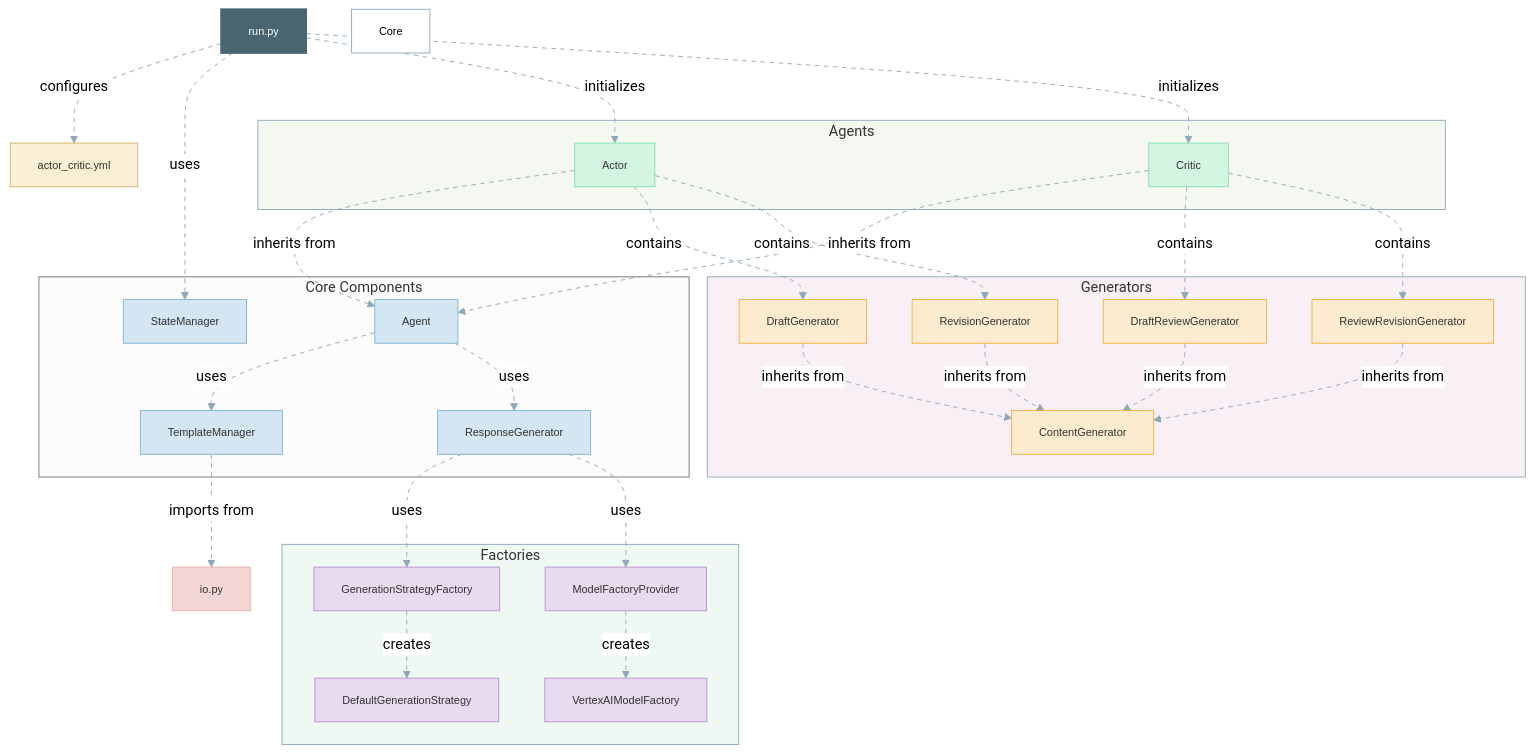
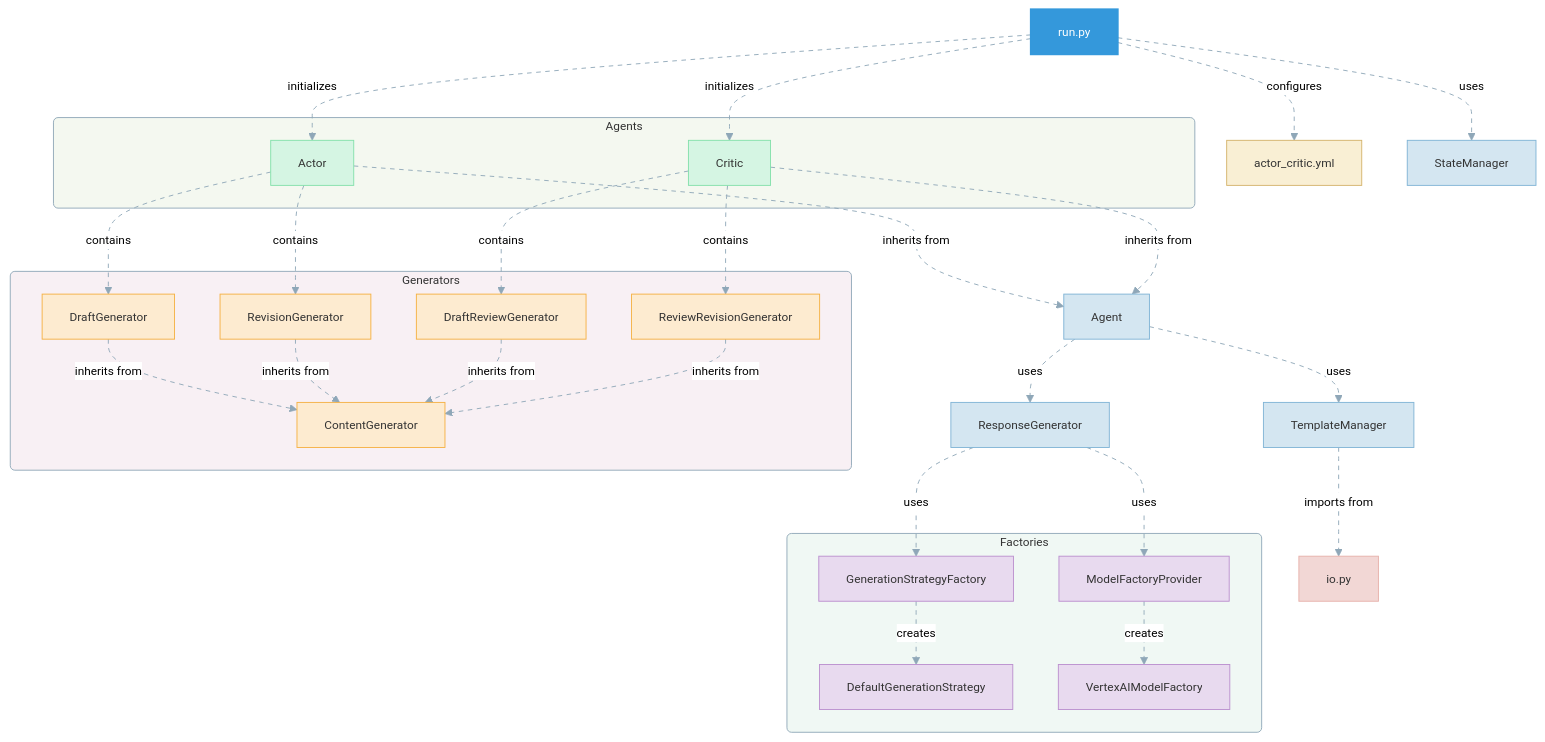
One commit to achimdehnert/Agentic-Workflow-Patterns changed the diagram in img/patterns/actor_critic.mmd. Above: the diagram before and after it, drawn with Mermaid.

```diff
--- a/img/patterns/actor_critic.mmd
+++ b/img/patterns/actor_critic.mmd
@@ -1,93 +1,87 @@
 %%{init: {
   'theme': 'neutral',
   'themeVariables': {
     'primaryColor': '#f0f4f8',
     'primaryTextColor': '#333',
     'primaryBorderColor': '#8fa7b8',
     'lineColor': '#8fa7b8',
     'secondaryColor': '#f8f0f4',
-    'tertiaryColor': '#f4f8f0'
+    'tertiaryColor': '#f4f8f0',
+    'fontFamily': 'Trebuchet MS, Arial, sans-serif',
+    'fontSize': '13px'
   }
 }}%%
 
 graph TD
-    classDef default fill:#fff,stroke:#8fa7b8,stroke-width:1px,font-family:Arial,font-size:12px;
-    classDef entrypoint fill:#4a6572,color:#fff,stroke:#4a6572,stroke-width:2px;
+    classDef default fill:#fff,stroke:#8fa7b8,stroke-width:1px;
+    classDef entrypoint fill:#3498db,color:#fff,stroke:#3498db,stroke-width:2px;
     classDef config fill:#f9efd4,color:#333,stroke:#d4b26a;
     classDef core fill:#d4e6f1,color:#333,stroke:#7fb3d5;
     classDef agent fill:#d5f5e3,color:#333,stroke:#82e0aa;
     classDef generator fill:#fdebd0,color:#333,stroke:#f5b041;
     classDef factory fill:#e8daef,color:#333,stroke:#bb8fce;
     classDef strategy fill:#d6eaf8,color:#333,stroke:#85c1e9;
     classDef util fill:#f2d7d5,color:#333,stroke:#e6b0aa;
 
     A[run.py] --> |configures| B[actor_critic.yml]
     A --> |uses| C[StateManager]
     A --> |initializes| D[Actor]
     A --> |initializes| E[Critic]
     
     D --> |inherits from| F[Agent]
     E --> |inherits from| F
     
     F --> |uses| G[TemplateManager]
     F --> |uses| H[ResponseGenerator]
     
     G --> |imports from| I[io.py]
     H --> |uses| J[GenerationStrategyFactory]
     H --> |uses| K[ModelFactoryProvider]
     
     J --> |creates| L[DefaultGenerationStrategy]
     K --> |creates| M[VertexAIModelFactory]
     
     D --> |contains| N[DraftGenerator]
     D --> |contains| O[RevisionGenerator]
     
     E --> |contains| P[DraftReviewGenerator]
     E --> |contains| Q[ReviewRevisionGenerator]
     
     N --> |inherits from| R[ContentGenerator]
     O --> |inherits from| R
     P --> |inherits from| R
     Q --> |inherits from| R
 
     class A entrypoint;
     class B config;
     class C,F,G,H core;
     class D,E agent;
     class I util;
     class J,K,L,M factory;
     class N,O,P,Q,R generator;
 
     linkStyle default stroke:#8fa7b8,stroke-width:1px,stroke-dasharray: 5 5;
 
-    subgraph Core Components
-        C
-        F
-        G
-        H
-    end
-
     subgraph Agents
         D
         E
     end
 
     subgraph Generators
         N
         O
         P
         Q
         R
     end
 
     subgraph Factories
         J
         K
         L
         M
     end
 
-    style Core Components fill:#f0f4f8,stroke:#8fa7b8,stroke-width:1px;
-    style Agents fill:#f4f8f0,stroke:#8fa7b8,stroke-width:1px;
-    style Generators fill:#f8f0f4,stroke:#8fa7b8,stroke-width:1px;
-    style Factories fill:#f0f8f4,stroke:#8fa7b8,stroke-width:1px;
+    style Agents fill:#f4f8f0,stroke:#8fa7b8,stroke-width:1px,rx:5,ry:5;
+    style Generators fill:#f8f0f4,stroke:#8fa7b8,stroke-width:1px,rx:5,ry:5;
+    style Factories fill:#f0f8f4,stroke:#8fa7b8,stroke-width:1px,rx:5,ry:5;
```
